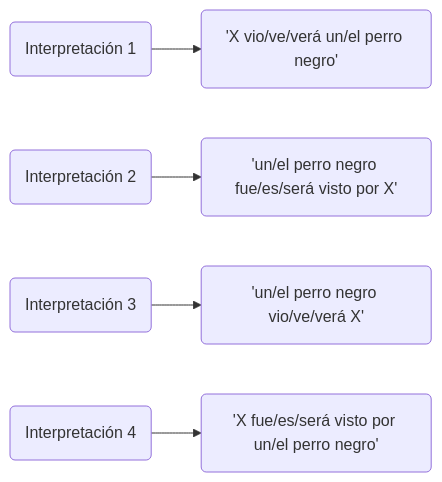
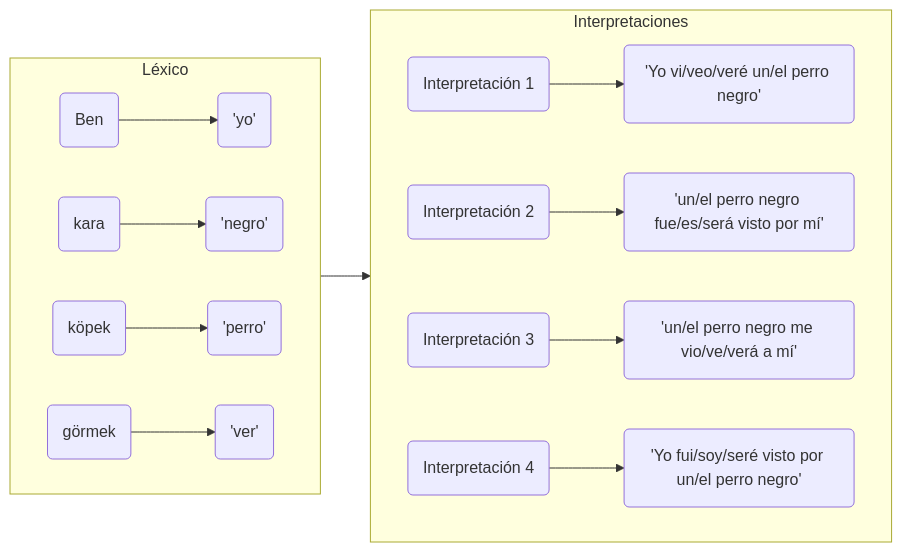
Before and after one commit to pajaro1966/Asignaturas: the second of 2 diagrams in docs/Salamanca_SEEC_2026/Salamanca_Vocabulario.md, drawn with Mermaid. The commit also changed other lines of this file and 15 other files, not shown here.

````diff
--- a/docs/Salamanca_SEEC_2026/Salamanca_Vocabulario.md
+++ b/docs/Salamanca_SEEC_2026/Salamanca_Vocabulario.md
@@ -66,12 +53,33 @@
     ```mermaid
     flowchart LR
+    
+    subgraph Léxico
 
-    Int1("Interpretación 1")-->Sign1("'X vio/ve/verá un/el perro negro'")
+    direction LR
 
-    Int2("Interpretación 2")-->Sign2("'un/el perro negro fue/es/será visto por X'")
+    Ben("Ben")-->Yo("'yo'")
+    kara("kara")-->negro("'negro'")
 
-    Int3("Interpretación 3")-->Sign3("'un/el perro negro vio/ve/verá X'")
+    köpek("köpek")-->perro("'perro'")
 
-    Int4("Interpretación 4")-->Sign4("'X fue/es/será visto por un/el perro negro'")
+    görmek("görmek")-->ver("'ver'")
+    end
+
+    subgraph Interpretaciones
+
+    direction LR
+
+    Int1("Interpretación 1")-->Sign1("'Yo vi/veo/veré un/el perro negro'")
+
+    Int2("Interpretación 2")-->Sign2("'un/el perro negro fue/es/será visto por mí'")
+
+    Int3("Interpretación 3")-->Sign3("'un/el perro negro me vio/ve/verá a mí'")
+
+    Int4("Interpretación 4")-->Sign4("'Yo fui/soy/seré visto por un/el perro negro'")
+
+    end
+
+    Léxico --> Interpretaciones
+
 
     ```
````
